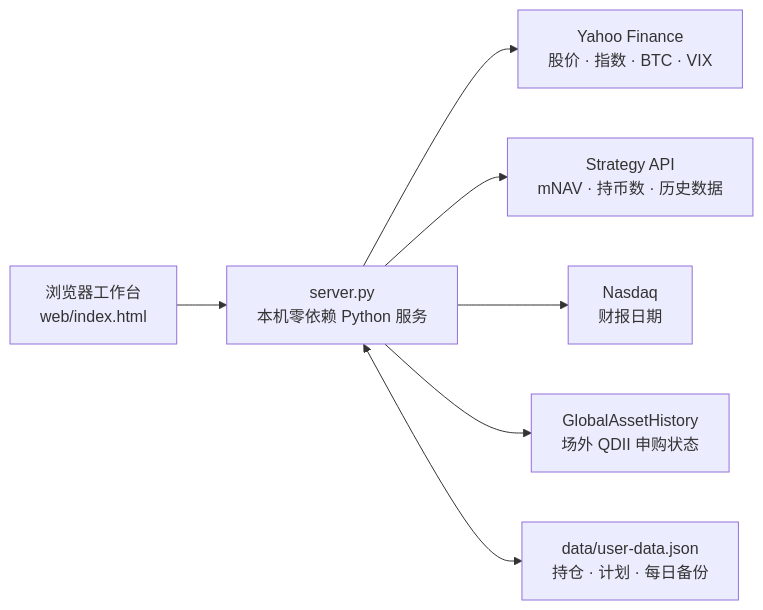
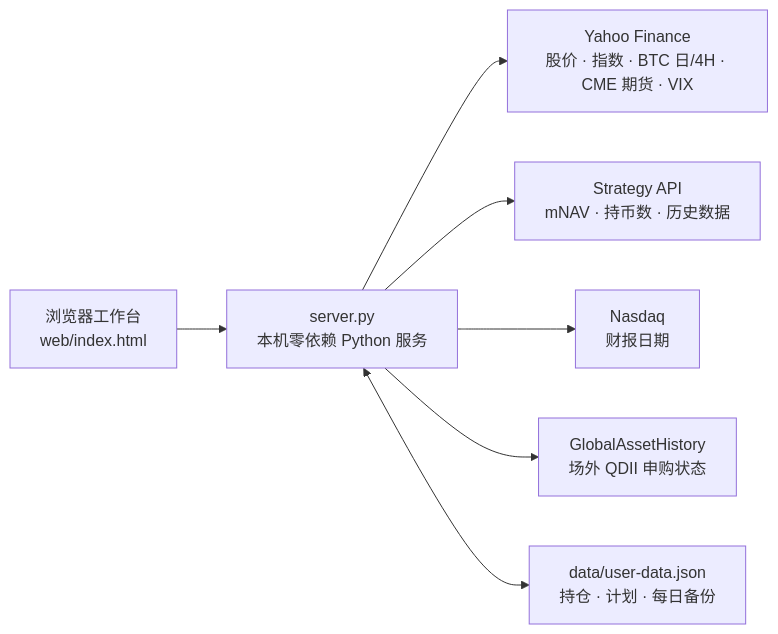
Before and after one commit to ljjjjj-dev/mstr-dashboard: the diagram in README.md, drawn with Mermaid. The commit also changed other lines of this file and 9 other files, not shown here.

````diff
--- a/README.md
+++ b/README.md
@@ -95,9 +99,9 @@
 ```mermaid
 flowchart LR
     A[浏览器工作台<br/>web/index.html] --> B[server.py<br/>本机零依赖 Python 服务]
-    B --> C[Yahoo Finance<br/>股价 · 指数 · BTC · VIX]
+    B --> C[Yahoo Finance<br/>股价 · 指数 · BTC 日/4H · CME 期货 · VIX]
     B --> D[Strategy API<br/>mNAV · 持币数 · 历史数据]
     B --> E[Nasdaq<br/>财报日期]
     B --> F[GlobalAssetHistory<br/>场外 QDII 申购状态]
     B <--> G[data/user-data.json<br/>持仓 · 计划 · 每日备份]
 ```
````
